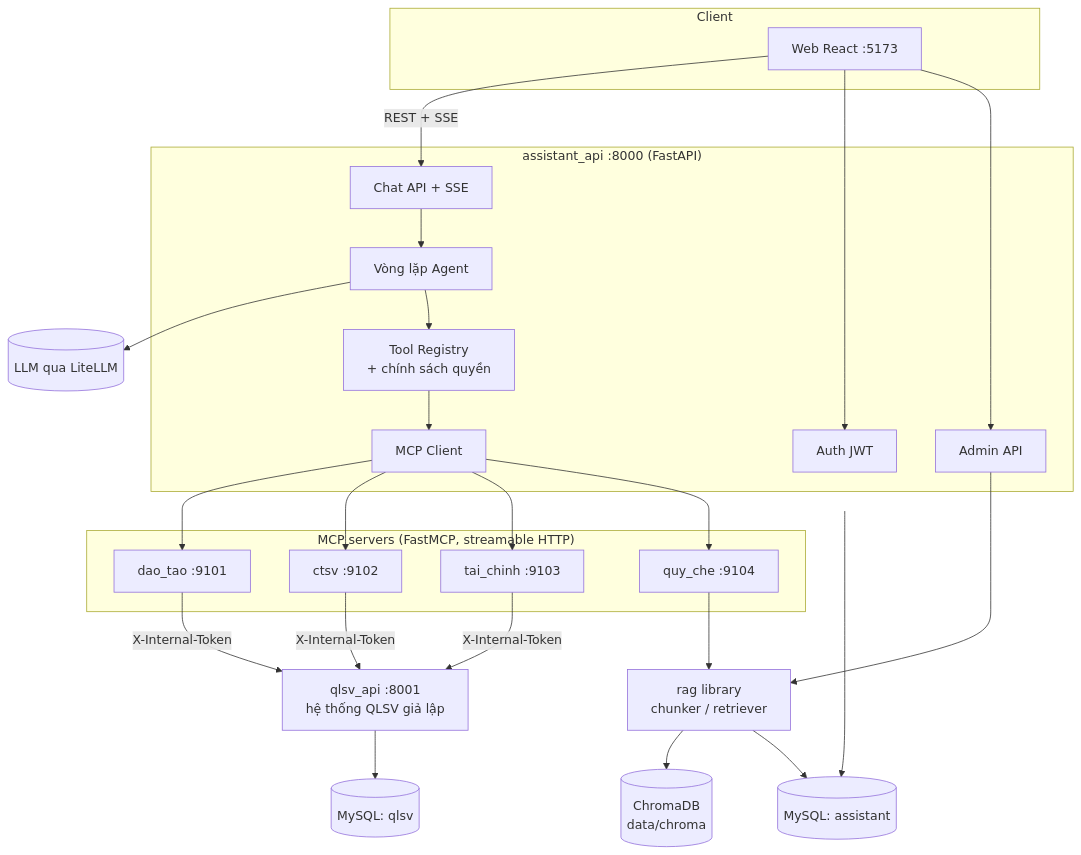
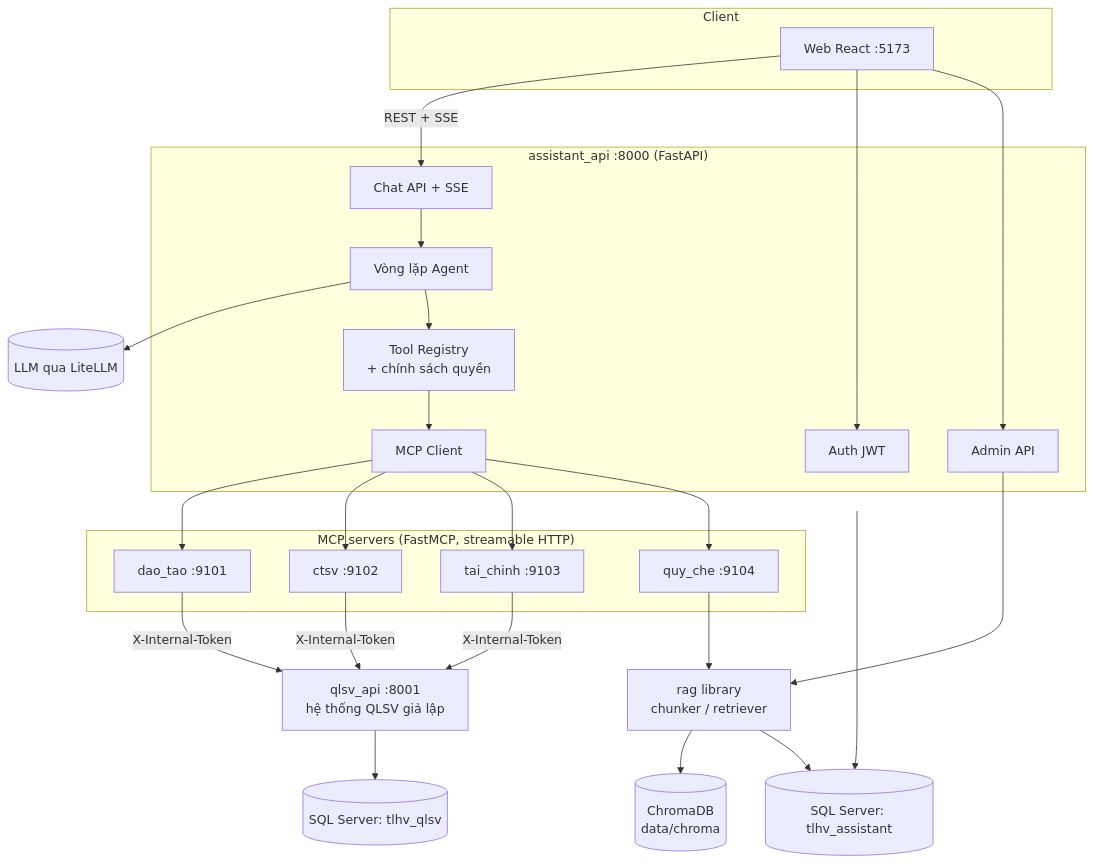
One commit to vuduytien2005/tro_ly_hoc_vu changed the first of 2 diagrams in docs/02-kien-truc.md. Above: the diagram before and after it, drawn with Mermaid. The commit also changed 38 other files, not shown here.

First line of the commit message:
Giai đoạn 1: khung backend, chuyển CSDL sang SQL Server, model ORM, seed tài khoản

````diff
--- a/docs/02-kien-truc.md
+++ b/docs/02-kien-truc.md
@@ -5,42 +5,42 @@
 ```mermaid
 flowchart TB
     subgraph Client
         WEB[Web React :5173]
     end
     subgraph Assistant["assistant_api :8000 (FastAPI)"]
         AUTH[Auth JWT]
         CHAT[Chat API + SSE]
         AGENT[Vòng lặp Agent]
         REG[Tool Registry<br/>+ chính sách quyền]
         MCPC[MCP Client]
         ADMIN[Admin API]
     end
     subgraph MCP["MCP servers (FastMCP, streamable HTTP)"]
         DT[dao_tao :9101]
         CT[ctsv :9102]
         TC[tai_chinh :9103]
         QC[quy_che :9104]
     end
     QLSV[qlsv_api :8001<br/>hệ thống QLSV giả lập]
     RAG[rag library<br/>chunker / retriever]
     LLM[(LLM qua LiteLLM)]
-    DBA[(MySQL: assistant)]
-    DBQ[(MySQL: qlsv)]
+    DBA[(SQL Server: tlhv_assistant)]
+    DBQ[(SQL Server: tlhv_qlsv)]
     CHROMA[(ChromaDB<br/>data/chroma)]
 
     WEB -->|REST + SSE| CHAT
     WEB --> AUTH
     WEB --> ADMIN
     CHAT --> AGENT
     AGENT --> LLM
     AGENT --> REG
     REG --> MCPC
     MCPC --> DT & CT & TC & QC
     DT & CT & TC -->|X-Internal-Token| QLSV
     QLSV --> DBQ
     QC --> RAG
     RAG --> CHROMA
     RAG --> DBA
     ADMIN --> RAG
     Assistant --> DBA
 ```
````
